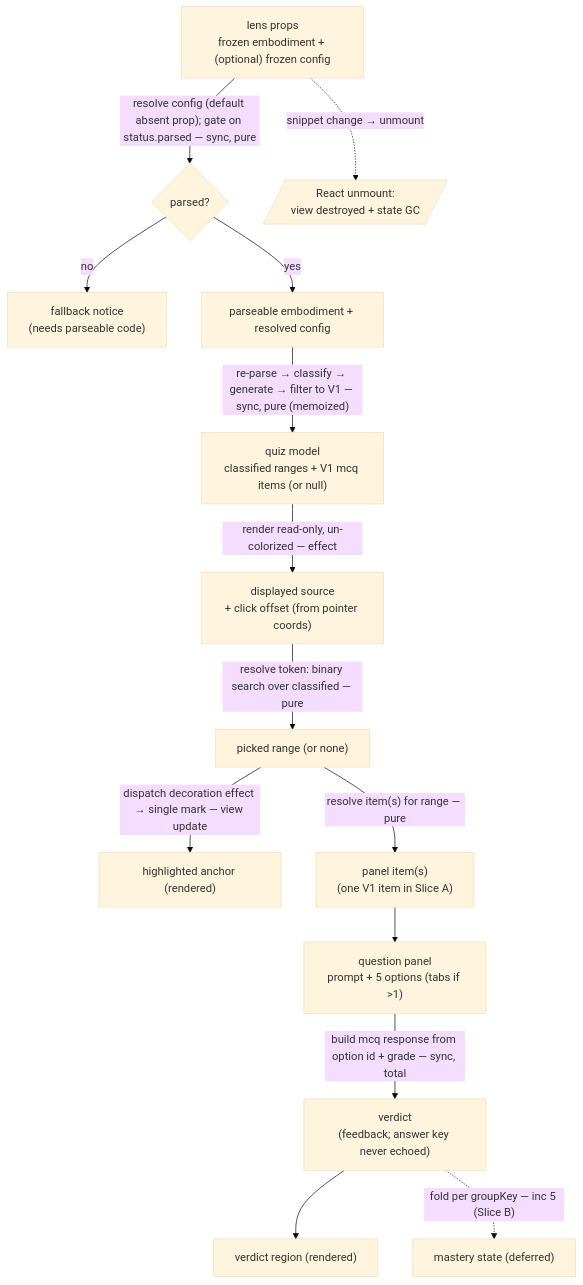
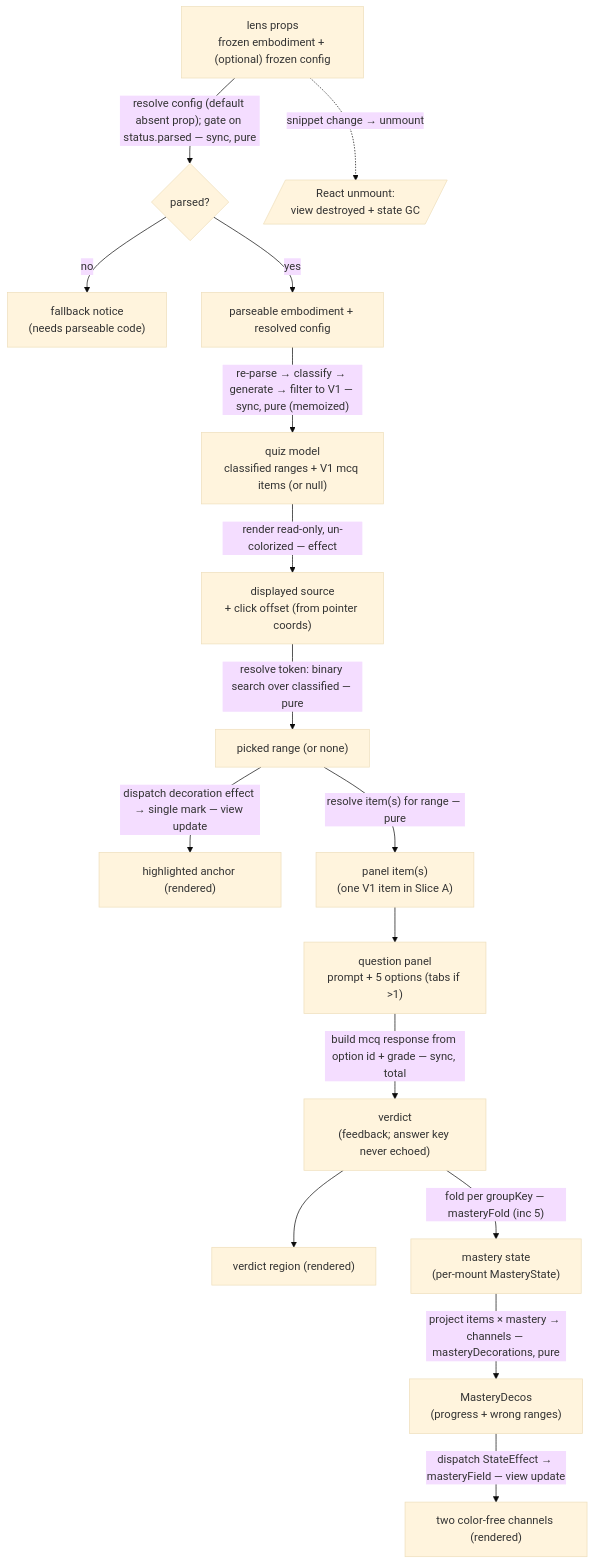
One commit to codeschoolinabox/curricula changed the diagram in src/lib/study-lenses/lenses/quiz/DOCS.md. Above: the diagram before and after it, drawn with Mermaid (base theme). The commit also changed other lines of this file and 6 other files, not shown here.

````diff
--- a/src/lib/study-lenses/lenses/quiz/DOCS.md
+++ b/src/lib/study-lenses/lenses/quiz/DOCS.md
@@ -122,24 +127,26 @@
 ```mermaid
 flowchart TD
     Props["lens props<br/>frozen embodiment + (optional) frozen config"]
 
     Props -->|"resolve config (default absent prop); gate on status.parsed — sync, pure"| Gate{"parsed?"}
     Gate -->|"no"| Fallback["fallback notice<br/>(needs parseable code)"]
     Gate -->|"yes"| Parsed["parseable embodiment + resolved config"]
 
     Parsed -->|"re-parse → classify → generate → filter to V1 — sync, pure (memoized)"| Model["quiz model<br/>classified ranges + V1 mcq items (or null)"]
 
     Model -->|"render read-only, un-colorized — effect"| Display["displayed source<br/>+ click offset (from pointer coords)"]
     Display -->|"resolve token: binary search over classified — pure"| Picked["picked range (or none)"]
     Picked -->|"dispatch decoration effect → single mark — view update"| Highlight["highlighted anchor (rendered)"]
 
     Picked -->|"resolve item(s) for range — pure"| PanelItems["panel item(s)<br/>(one V1 item in Slice A)"]
     PanelItems --> Panel["question panel<br/>prompt + 5 options (tabs if >1)"]
 
     Panel -->|"build mcq response from option id + grade — sync, total"| Verdict["verdict<br/>(feedback; answer key never echoed)"]
     Verdict --> VerdictDOM["verdict region (rendered)"]
 
-    Verdict -.->|"fold per groupKey — inc 5 (Slice B)"| Mastery["mastery state (deferred)"]
+    Verdict -->|"fold per groupKey — masteryFold (inc 5)"| Mastery["mastery state<br/>(per-mount MasteryState)"]
+    Mastery -->|"project items × mastery → channels — masteryDecorations, pure"| Decos["MasteryDecos<br/>(progress + wrong ranges)"]
+    Decos -->|"dispatch StateEffect → masteryField — view update"| MasteryDOM["two color-free channels (rendered)"]
 
     Props -.->|"snippet change → unmount"| Unmount[/"React unmount:<br/>view destroyed + state GC"/]
 ```
````
